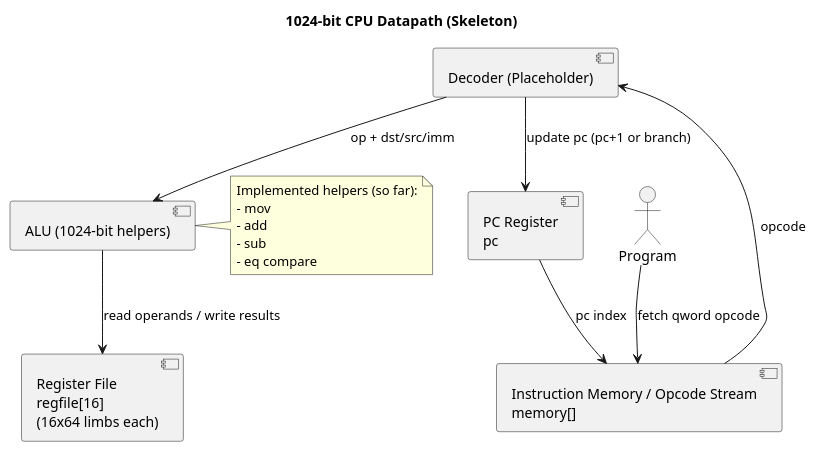
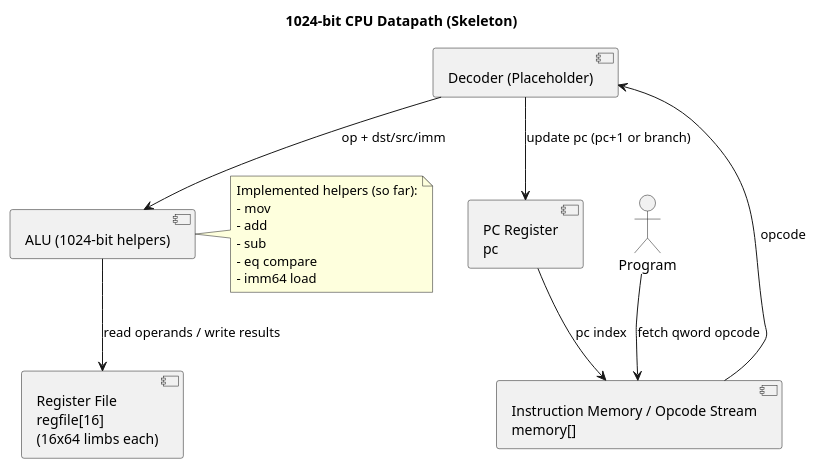
The diagram in uml/cpu_datapath.puml (ArkansasIo/1024-bit-asm-cpu-gpu), drawn with PlantUML before and after one commit. The commit also changed 111 other files, not shown here.

```diff
--- a/uml/cpu_datapath.puml
+++ b/uml/cpu_datapath.puml
@@ -1,26 +1,27 @@
 @startuml
 title 1024-bit CPU Datapath (Skeleton)
 
 actor "Program" as Prog
 
 component "Instruction Memory / Opcode Stream\nmemory[]" as IM
 component "PC Register\npc" as PC
 component "Decoder (Placeholder)" as DEC
 component "ALU (1024-bit helpers)" as ALU
 component "Register File\nregfile[16]\n(16x64 limbs each)" as RF
 
 Prog --> IM : fetch qword opcode
 PC --> IM : pc index
 IM --> DEC : opcode
 DEC --> ALU : op + dst/src/imm
 ALU --> RF : read operands / write results
 DEC --> PC : update pc (pc+1 or branch)
 
 note right of ALU
 Implemented helpers (so far):
 - mov
 - add
 - sub
 - eq compare
+- imm64 load
 end note
 @enduml
```
